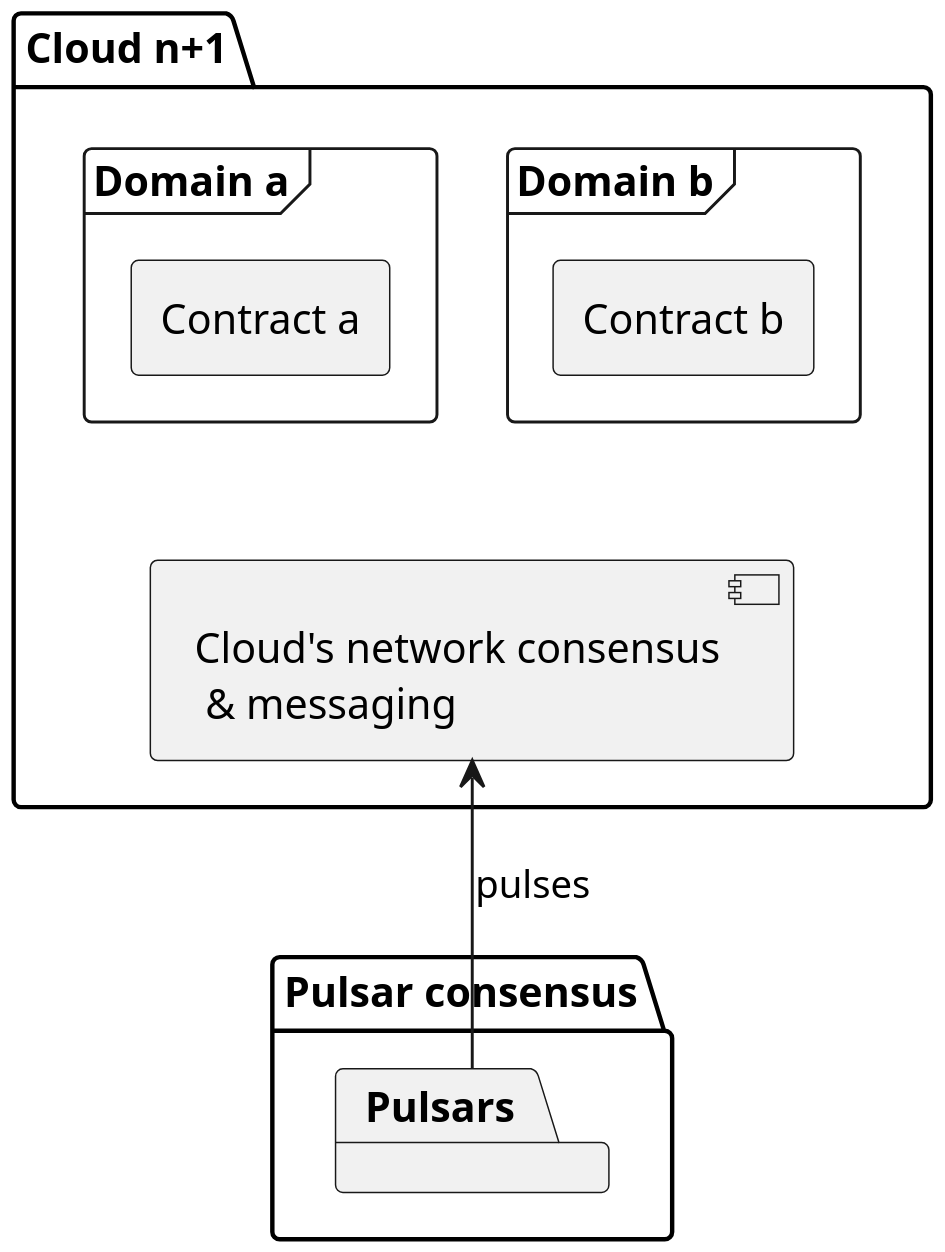
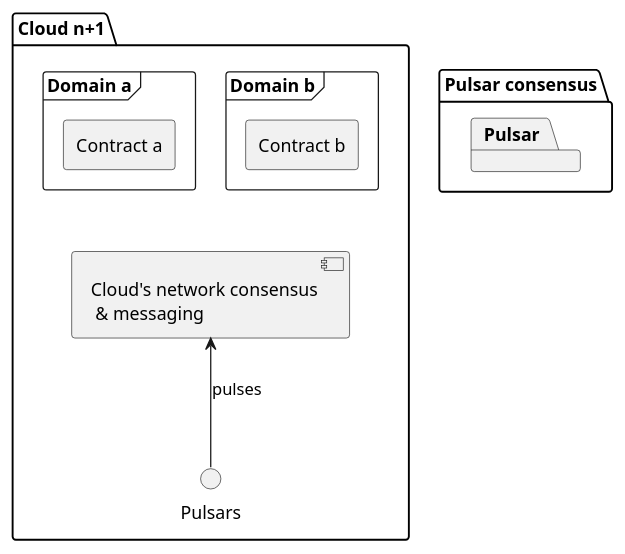
Before and after one commit to sofiayem/rtd-doc-tests: the diagram in docs/source/architecture.rst, drawn with PlantUML.

Commit message:
check if scale

```diff
--- a/docs/source/architecture.rst
+++ b/docs/source/architecture.rst
@@ -34,20 +34,18 @@
 .. uml::
    
-   scale 750 width
-   
    together {
-     package "Pulsar consensus" [[../architecture.html#pulsar-consensus]] {
-       package "Pulsars" [[../architecture.html#pulsars]]
+     package "Pulsar consensus" as pcon [[../architecture.html#pulsar-consensus]] {
+       package "Pulsar" [[../architecture.html#pulsars]]
      }
      package "Cloud n+1" as cloudnext [[../architecture.html#fed-of-clouds]] {
        card [Cloud's network consensus\n & messaging] as nextnet [[../architecture.html#network-consensus]]
        frame "Domain b" as domb [[../architecture.html#domains]] {
          rectangle "Contract b" as cntrctb [[../architecture.html#contracts]]
        }
        frame "Domain a" as doma [[../architecture.html#domains ]] {
          rectangle "Contract a" as cntrcta [[../architecture.html#contracts]]
        }
        cntrctb -[hidden]d- nextnet
        cntrcta -[hidden]d- nextnet
        Pulsars -u-> nextnet : pulses
      }
```
